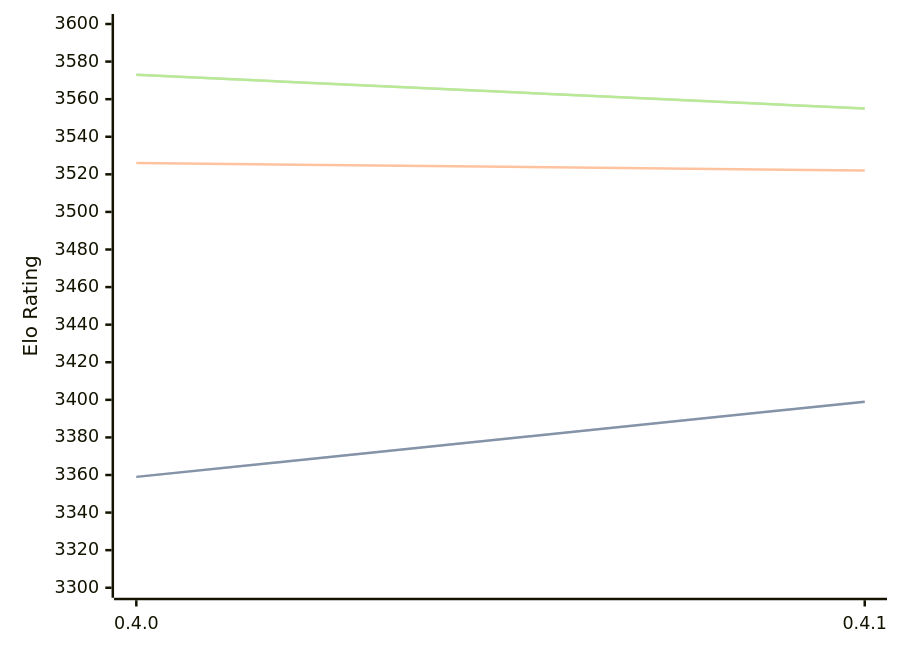
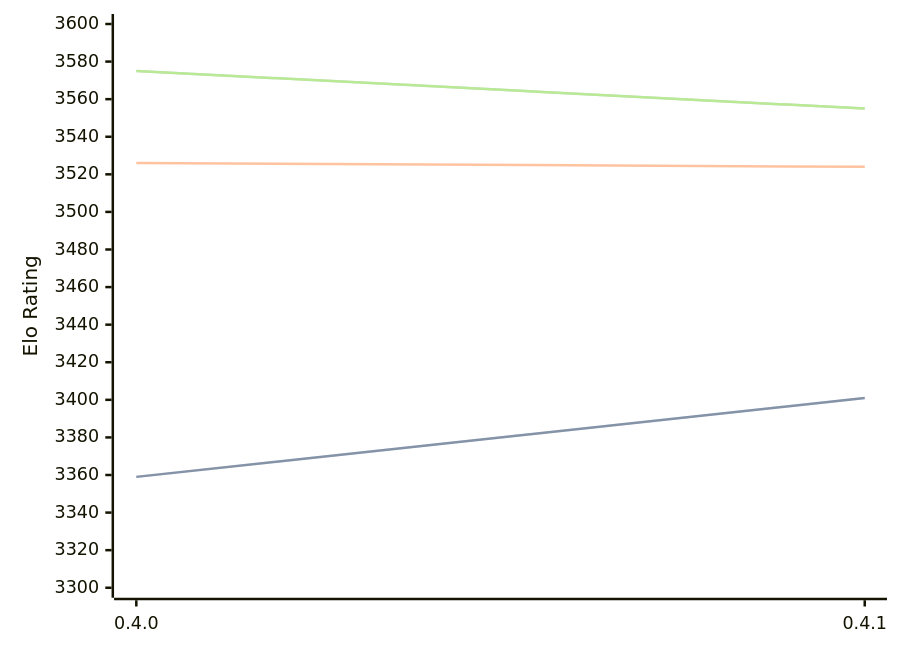
The diagram in engines/Cinder.md (computer-chess-index/cci), drawn with Mermaid before and after one commit. The commit also changed other lines of this file, not shown here.

Commit message:
Update CCI Ratings (ELO VLTC) - 2026-05-14

````diff
--- a/engines/Cinder.md
+++ b/engines/Cinder.md
@@ -40,11 +40,11 @@
 ```mermaid
 %%{init: {"theme":"base","themeVariables":{"seriesColors:['#a3a3a3','#222221','#faa371']}}}%%
 xychart-beta
   x-axis ["0.4.0", "0.4.1"]
   y-axis "Elo Rating" 3300 --> 3600
-  line "STC (8.0+0.08s)" [3359, 3399]
-  line "STC (8.0+0.08s)" [3359, 3399]
-  line "LTC (60.0+0.60s)" [3526, 3522]
-  line "VLTC (2m24s+1.12s)" [3573, 3555]
-  line "VLTC (2m24s+1.12s)" [3573, 3555]
+  line "STC (8.0+0.08s)" [3359, 3401]
+  line "STC (8.0+0.08s)" [3359, 3401]
+  line "LTC (60.0+0.60s)" [3526, 3524]
+  line "VLTC (2m24s+1.12s)" [3575, 3555]
+  line "VLTC (2m24s+1.12s)" [3575, 3555]
 ```
````
